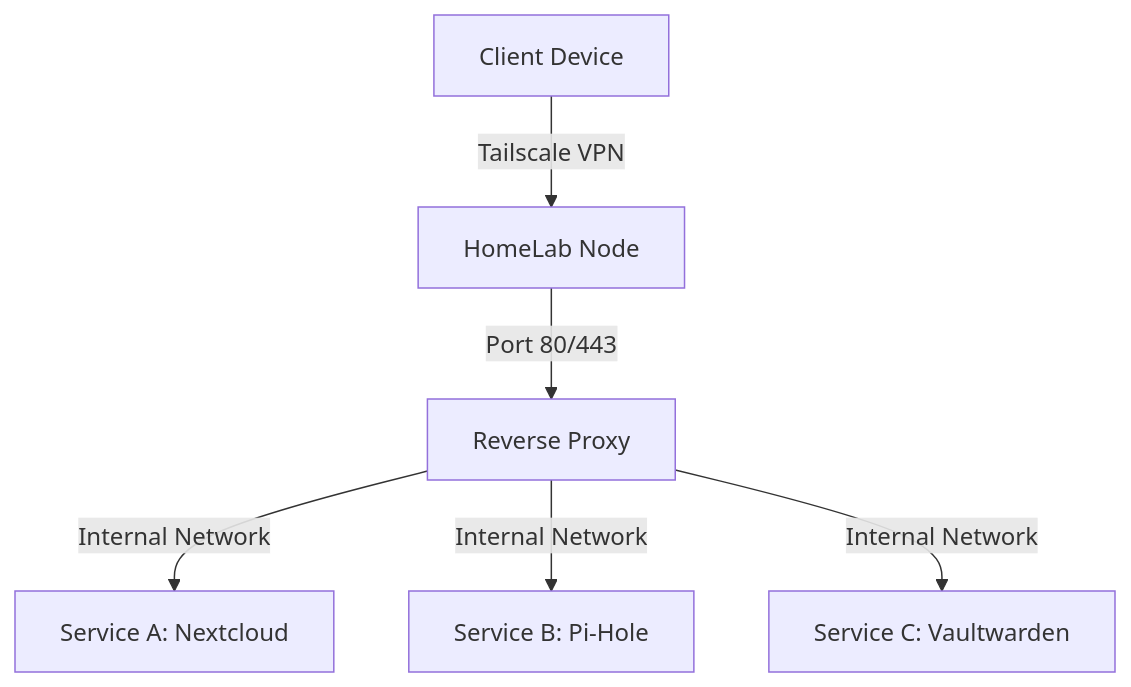
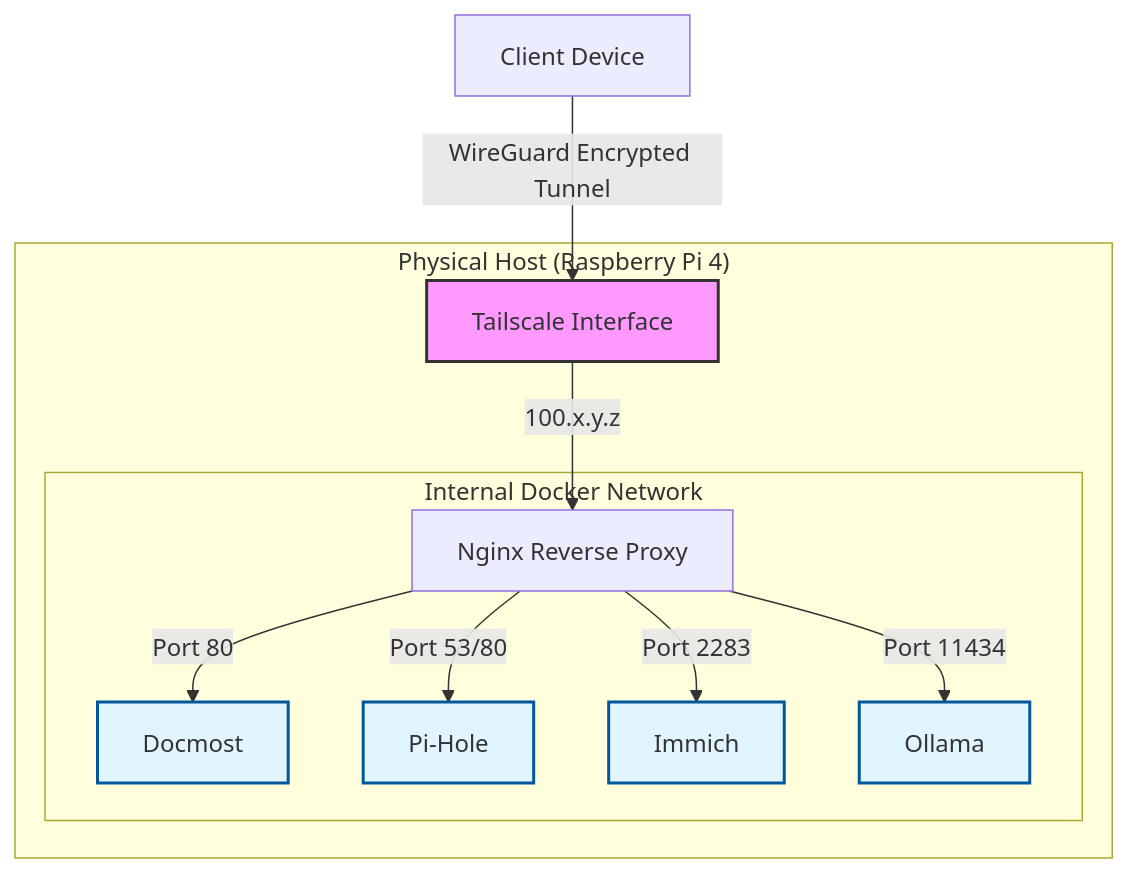
The diagram in README.md (spaceadler/homelab), drawn with Mermaid before and after one commit. The commit also changed other lines of this file, not shown here.

````diff
--- a/README.md
+++ b/README.md
@@ -23,9 +55,24 @@
 ```mermaid
 graph TD
-    User[Client Device] -->|Tailscale VPN| Node[HomeLab Node]
-    Node -->|Port 80/443| Proxy[Reverse Proxy]
-    Proxy -->|Internal Network| S1[Service A: Nextcloud]
-    Proxy -->|Internal Network| S2[Service B: Pi-Hole]
-    Proxy -->|Internal Network| S3[Service C: Vaultwarden]
+    %% NODES & STYLES
+    classDef secure fill:#f9f,stroke:#333,stroke-width:2px;
+    classDef internal fill:#e1f5fe,stroke:#01579b,stroke-width:2px;
+
+    User[Client Device] -->|WireGuard Encrypted Tunnel| VPN[Tailscale Interface]
+    
+    subgraph Host ["Physical Host (Raspberry Pi 4)"]
+        VPN -->|100.x.y.z| Proxy[Nginx Reverse Proxy]
+        
+        subgraph Docker ["Internal Docker Network"]
+            Proxy -->|Port 80| S1[Docmost]
+            Proxy -->|Port 53/80| S2[Pi-Hole]
+            Proxy -->|Port 2283| S3[Immich]
+            Proxy -->|Port 11434| S4[Ollama]
+        end
+    end
+
+    %% STYLING
+    class VPN secure;
+    class S1,S2,S3,S4 internal;
 
 ```
````
